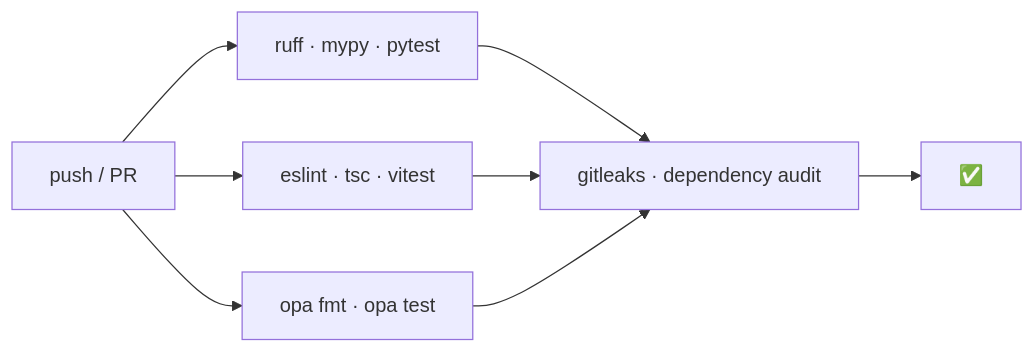
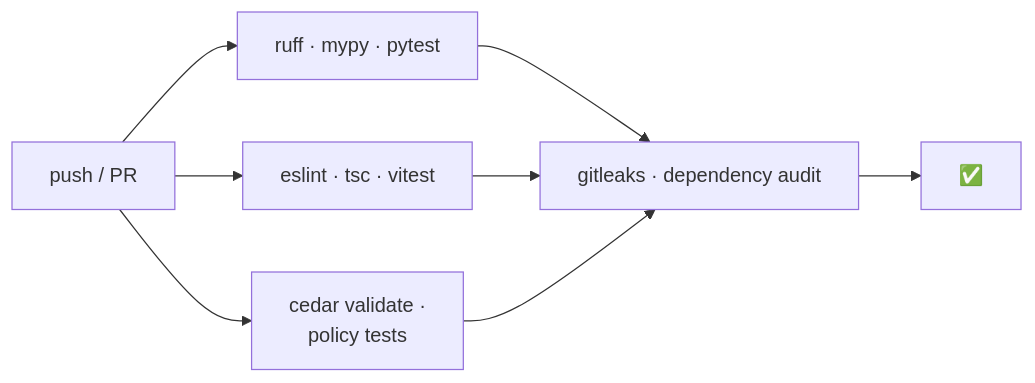
The second of 2 diagrams in projects/02-mcp-hub/docs/09-build-plan/F00-foundation.md (pRiMeXoMeGa/AI-Learning-Projects), drawn with Mermaid before and after one commit. The commit also changed other lines of this file and 31 other files, not shown here.

````diff
--- a/projects/02-mcp-hub/docs/09-build-plan/F00-foundation.md
+++ b/projects/02-mcp-hub/docs/09-build-plan/F00-foundation.md
@@ -34,8 +33,8 @@
 ```mermaid
 flowchart LR
     PR[push / PR] --> PYL["ruff · mypy · pytest"]
     PR --> TSL["eslint · tsc · vitest"]
-    PR --> OPT["opa fmt · opa test"]
+    PR --> OPT["cedar validate ·<br/>policy tests"]
     PYL & TSL & OPT --> SEC["gitleaks · dependency audit"]
     SEC --> OK[✅]
 ```
````
